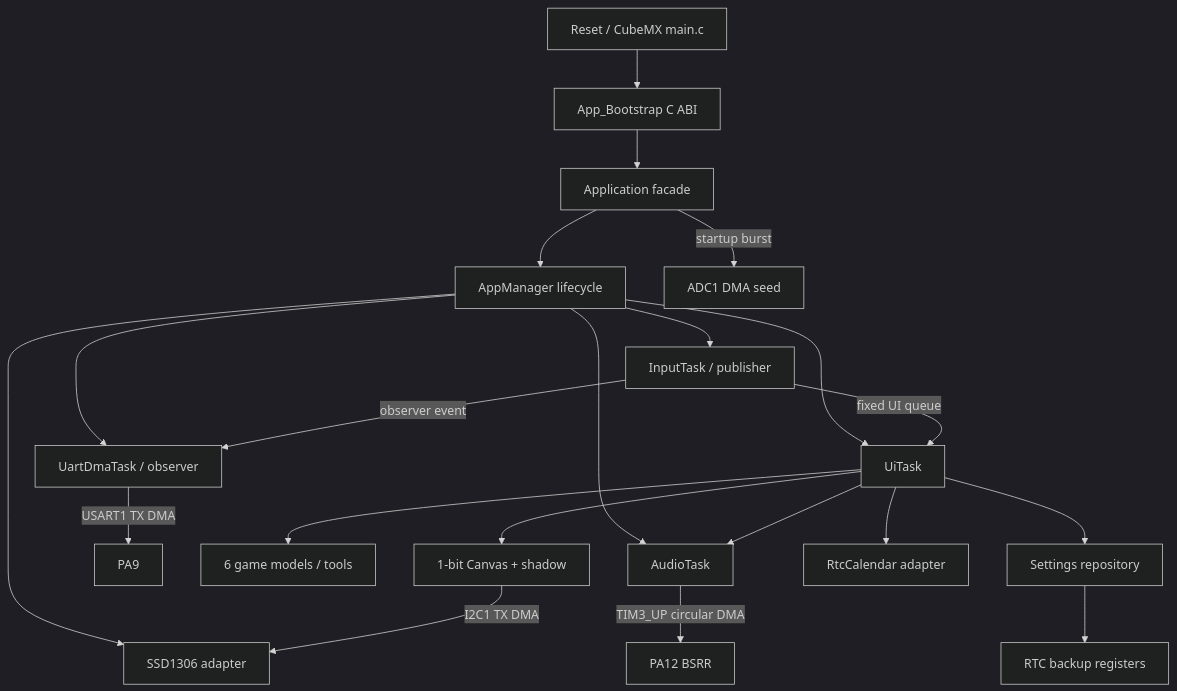
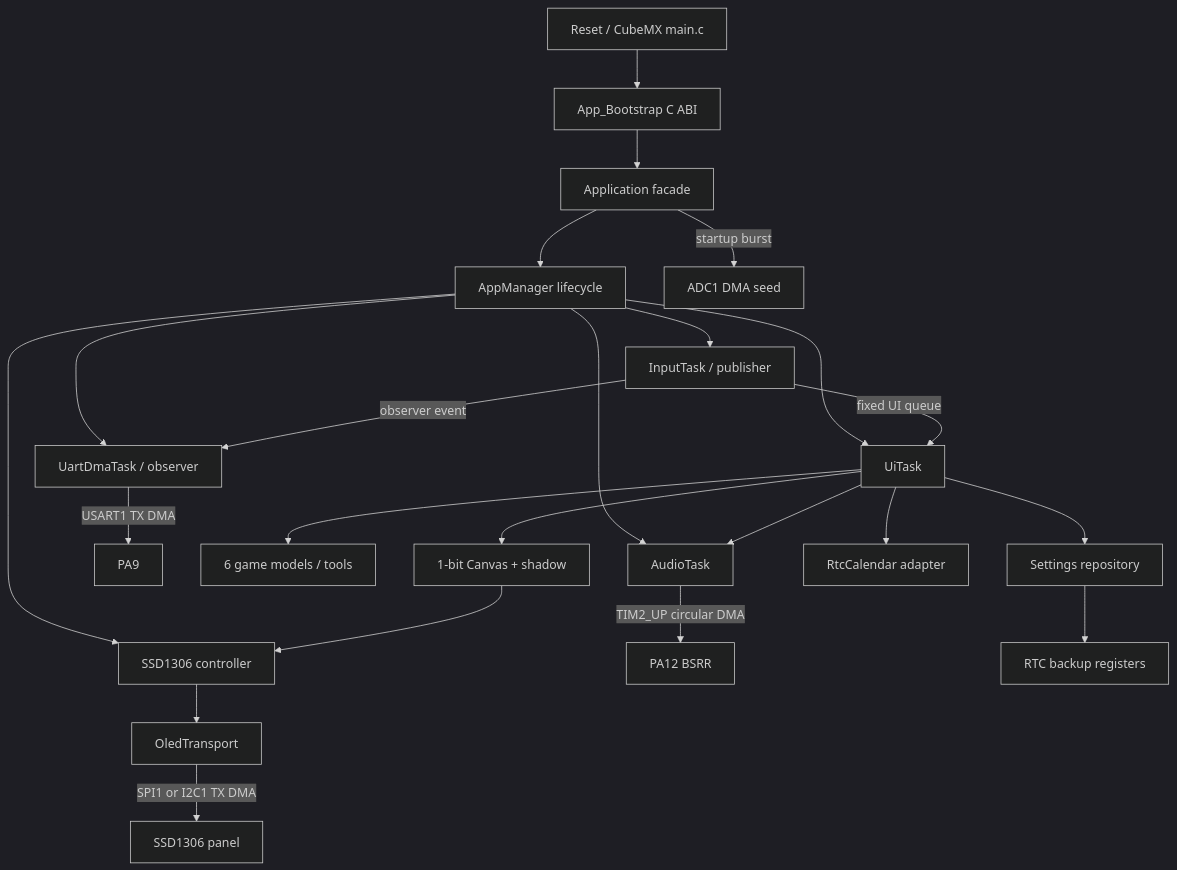
Before and after one commit to lk888l/STM-GameBox: the diagram in docs/architecture.md, drawn with Mermaid (dark theme). The commit also changed other lines of this file and 64 other files, not shown here.

First line of the commit message:
feat: port SPI OLED improvements to C++ FreeRTOS

````diff
--- a/docs/architecture.md
+++ b/docs/architecture.md
@@ -7,23 +7,25 @@
 ```mermaid
 flowchart TD
     Reset[Reset / CubeMX main.c] --> Bridge[App_Bootstrap C ABI]
     Bridge --> Facade[Application facade]
     Facade --> Manager[AppManager lifecycle]
-    Manager --> Display[SSD1306 adapter]
+    Manager --> Display[SSD1306 controller]
     Manager --> Input[InputTask / publisher]
     Manager --> Audio[AudioTask]
     Manager --> UART[UartDmaTask / observer]
     Manager --> UI[UiTask]
     Input -->|fixed UI queue| UI
     Input -->|observer event| UART
     UART -->|USART1 TX DMA| USART[PA9]
     UI --> Models[6 game models / tools]
     UI --> Canvas[1-bit Canvas + shadow]
-    Canvas -->|I2C1 TX DMA| Display
+    Canvas --> Display
+    Display --> Transport[OledTransport]
+    Transport -->|SPI1 or I2C1 TX DMA| Panel[SSD1306 panel]
     UI --> Audio
-    Audio -->|TIM3_UP circular DMA| Buzzer[PA12 BSRR]
+    Audio -->|TIM2_UP circular DMA| Buzzer[PA12 BSRR]
     UI --> Settings[Settings repository]
     Settings --> Backup[RTC backup registers]
     UI --> Calendar[RtcCalendar adapter]
     Facade -->|startup burst| Entropy[ADC1 DMA seed]
 ```
````
